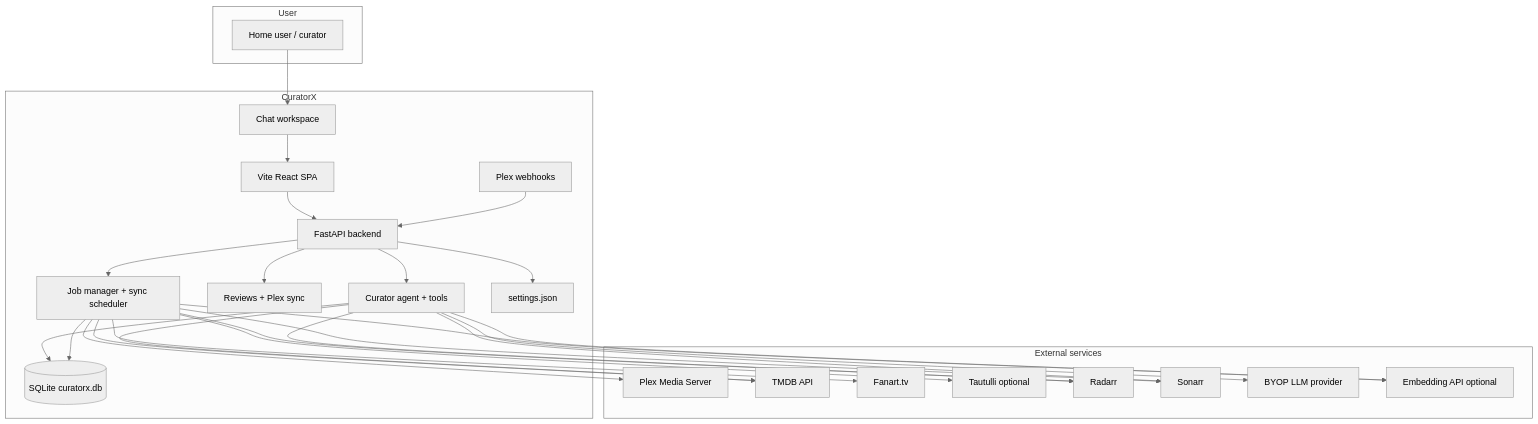
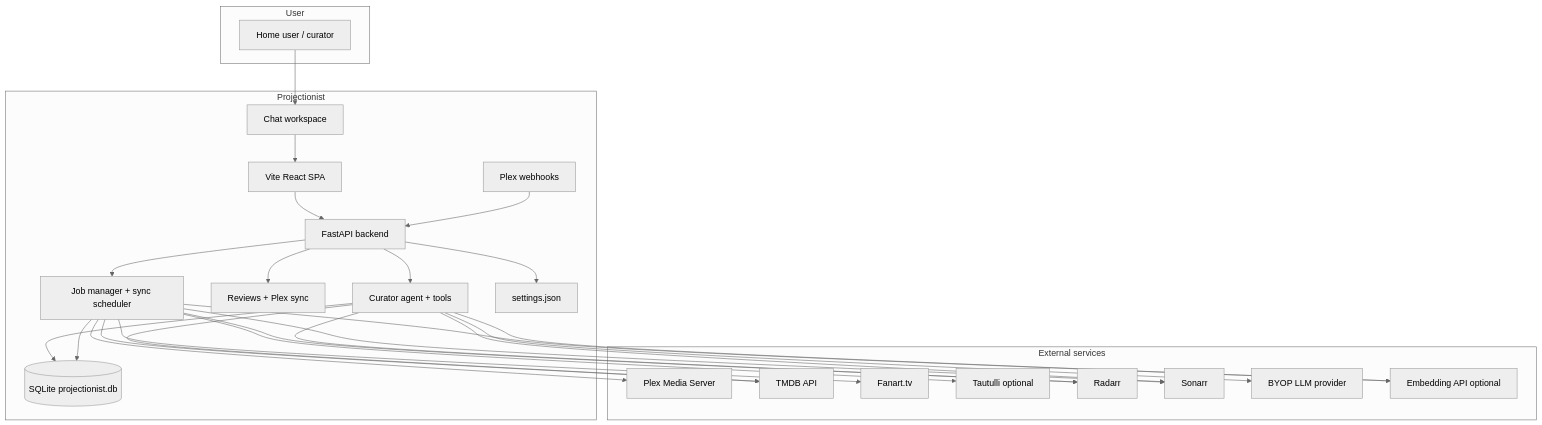
One commit to romwil/projectionist changed the second of 5 diagrams in docs/ARCHITECTURE.md. Above: the diagram before and after it, drawn with Mermaid (neutral theme). The commit also changed other lines of this file and 533 other files, not shown here.

First line of the commit message:
v1.27.0: Projectionist rebrand with CuratorX compatibility

````diff
--- a/docs/ARCHITECTURE.md
+++ b/docs/ARCHITECTURE.md
@@ -74,52 +74,52 @@
 ```mermaid
 flowchart TB
     subgraph userLayer [User]
         User[Home user / curator]
     end
 
-    subgraph curatorx [CuratorX]
+    subgraph curatorx [Projectionist]
         UI[Vite React SPA]
         Chat[Chat workspace]
         API[FastAPI backend]
         Agent[Curator agent + tools]
         Reviews[Reviews + Plex sync]
         Webhooks[Plex webhooks]
         Jobs[Job manager + sync scheduler]
-        DB[(SQLite curatorx.db)]
+        DB[(SQLite projectionist.db)]
         Settings[settings.json]
     end
 
     subgraph external [External services]
         Plex[Plex Media Server]
         TMDB[TMDB API]
         Fanart[Fanart.tv]
         Tautulli[Tautulli optional]
         Radarr[Radarr]
         Sonarr[Sonarr]
         LLM[BYOP LLM provider]
         Embed[Embedding API optional]
     end
 
     User --> Chat
     Chat --> UI
     UI --> API
     API --> Agent
     API --> Reviews
     Webhooks --> API
     API --> Jobs
     Agent --> DB
     Agent --> LLM
     Jobs --> DB
     API --> Settings
     Jobs --> Plex
     Jobs --> TMDB
     Jobs --> Fanart
     Jobs --> Radarr
     Jobs --> Sonarr
     Agent --> TMDB
     Agent --> Radarr
     Agent --> Sonarr
     Jobs --> Embed
     Agent --> Embed
     Jobs --> Tautulli
 ```
````
